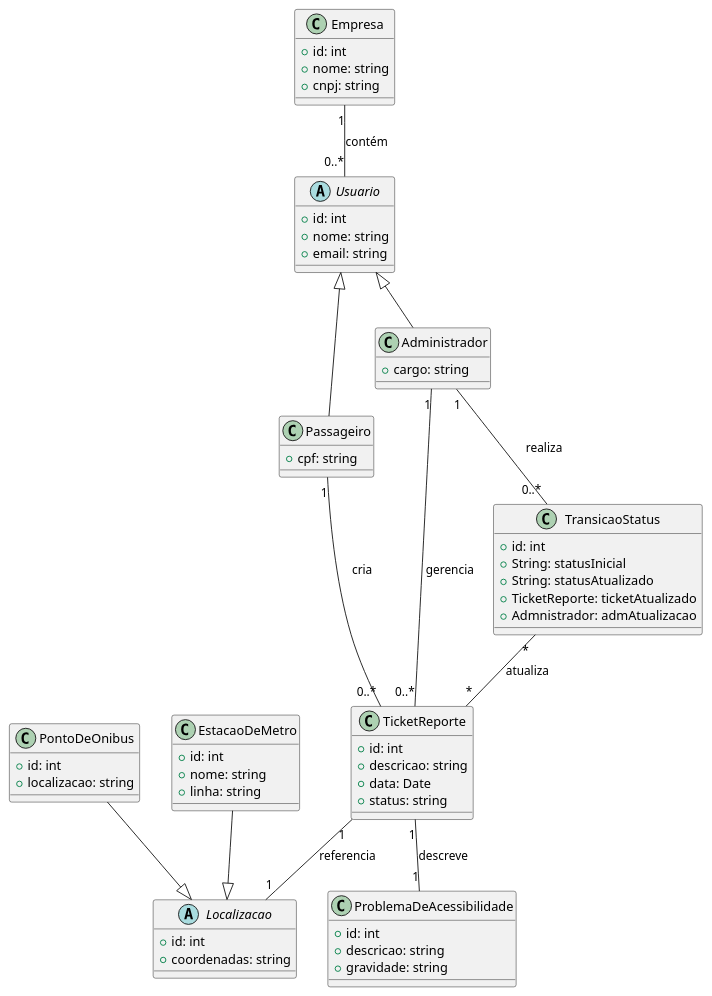
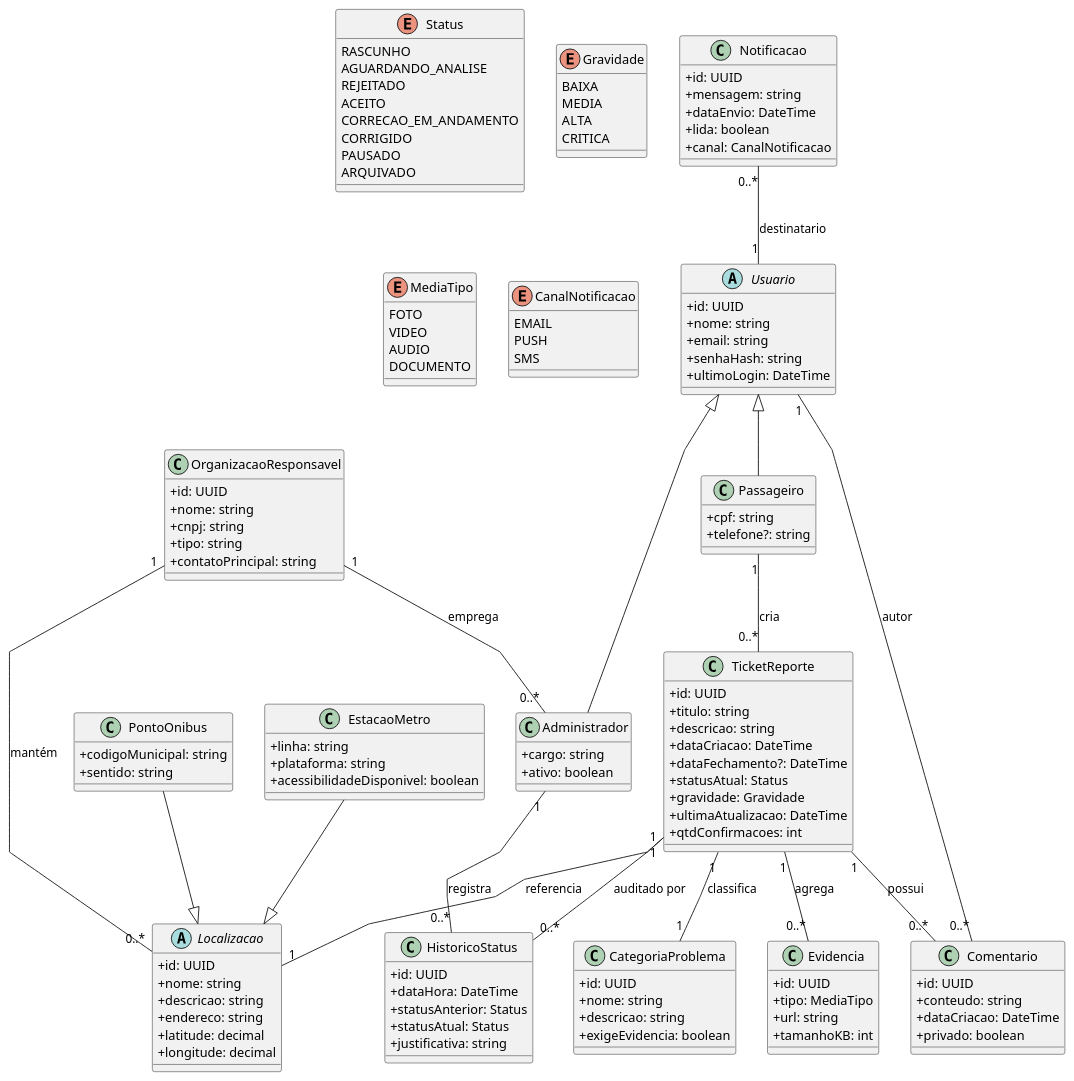
One commit to vinicius-cappatti/tickets-transporte-publico changed the diagram in wiki/uml/class-diagram.puml. Above: the diagram before and after it, drawn with PlantUML. The commit also changed 25 other files, not shown here.

```diff
--- a/wiki/uml/class-diagram.puml
+++ b/wiki/uml/class-diagram.puml
@@ -1,72 +1,148 @@
 @startuml
+skinparam classAttributeIconSize 0
+skinparam linetype polyline
 
 abstract class Usuario {
-  +id: int
+  +id: UUID
   +nome: string
   +email: string
+  +senhaHash: string
+  +ultimoLogin: DateTime
 }
 
 class Passageiro {
   +cpf: string
+  +telefone?: string
 }
 
 class Administrador {
   +cargo: string
+  +ativo: boolean
 }
 
-class Empresa {
-  +id: int
+class OrganizacaoResponsavel {
+  +id: UUID
   +nome: string
   +cnpj: string
+  +tipo: string
+  +contatoPrincipal: string
+}
+
+abstract class Localizacao {
+  +id: UUID
+  +nome: string
+  +descricao: string
+  +endereco: string
+  +latitude: decimal
+  +longitude: decimal
+}
+
+class PontoOnibus {
+  +codigoMunicipal: string
+  +sentido: string
+}
+
+class EstacaoMetro {
+  +linha: string
+  +plataforma: string
+  +acessibilidadeDisponivel: boolean
 }
 
 class TicketReporte {
-  +id: int
+  +id: UUID
+  +titulo: string
   +descricao: string
-  +data: Date
-  +status: string
+  +dataCriacao: DateTime
+  +dataFechamento?: DateTime
+  +statusAtual: Status
+  +gravidade: Gravidade
+  +ultimaAtualizacao: DateTime
+  +qtdConfirmacoes: int
 }
 
-abstract class Localizacao {
-   +id: int
-   +coordenadas: string
-} 
-
-class PontoDeOnibus {
-  +id: int
-  +localizacao: string
+class CategoriaProblema {
+  +id: UUID
+  +nome: string
+  +descricao: string
+  +exigeEvidencia: boolean
 }
 
-class EstacaoDeMetro {
-  +id: int
-  +nome: string
-  +linha: string
+class Evidencia {
+  +id: UUID
+  +tipo: MediaTipo
+  +url: string
+  +tamanhoKB: int
 }
 
-class ProblemaDeAcessibilidade {
-  +id: int
-  +descricao: string
-  +gravidade: string
+class Comentario {
+  +id: UUID
+  +conteudo: string
+  +dataCriacao: DateTime
+  +privado: boolean
 }
 
-class TransicaoStatus {
-   +id: int
-   +String: statusInicial
-   +String: statusAtualizado
-   +TicketReporte: ticketAtualizado
-   +Admnistrador: admAtualizacao
+class HistoricoStatus {
+  +id: UUID
+  +dataHora: DateTime
+  +statusAnterior: Status
+  +statusAtual: Status
+  +justificativa: string
+}
+
+class Notificacao {
+  +id: UUID
+  +mensagem: string
+  +dataEnvio: DateTime
+  +lida: boolean
+  +canal: CanalNotificacao
 }
 
 Usuario <|-- Passageiro
 Usuario <|-- Administrador
-Empresa "1" -- "0..*" Usuario : contém
+
+OrganizacaoResponsavel "1" -- "0..*" Administrador : emprega
+OrganizacaoResponsavel "1" -- "0..*" Localizacao : mantém
 Passageiro "1" -- "0..*" TicketReporte : cria
-Administrador "1" -- "0..*" TicketReporte : gerencia
-Administrador "1" -- "0..*" TransicaoStatus : realiza
-TransicaoStatus "*" -- "*" TicketReporte : atualiza 
-TicketReporte "1" -- "1" ProblemaDeAcessibilidade : descreve
-TicketReporte "1" -- "1" Localizacao: referencia
-EstacaoDeMetro --|> Localizacao
-PontoDeOnibus --|> Localizacao
+Administrador "1" -- "0..*" HistoricoStatus : registra
+TicketReporte "1" -- "1" Localizacao : referencia
+TicketReporte "1" -- "1" CategoriaProblema : classifica
+TicketReporte "1" -- "0..*" Evidencia : agrega
+TicketReporte "1" -- "0..*" Comentario : possui
+TicketReporte "1" -- "0..*" HistoricoStatus : auditado por
+Comentario "0..*" -- "1" Usuario : autor
+Notificacao "0..*" -- "1" Usuario : destinatario
 
+EstacaoMetro --|> Localizacao
+PontoOnibus --|> Localizacao
+
+enum Status {
+  RASCUNHO
+  AGUARDANDO_ANALISE
+  REJEITADO
+  ACEITO
+  CORRECAO_EM_ANDAMENTO
+  CORRIGIDO
+  PAUSADO
+  ARQUIVADO
+}
+
+enum Gravidade {
+  BAIXA
+  MEDIA
+  ALTA
+  CRITICA
+}
+
+enum MediaTipo {
+  FOTO
+  VIDEO
+  AUDIO
+  DOCUMENTO
+}
+
+enum CanalNotificacao {
+  EMAIL
+  PUSH
+  SMS
+}
 @enduml
```
